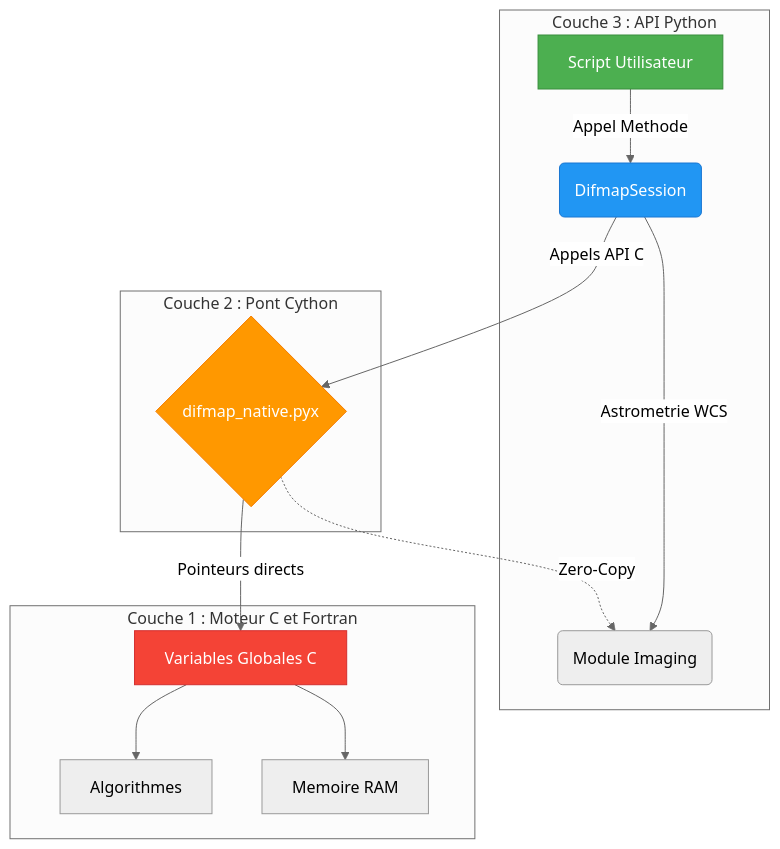
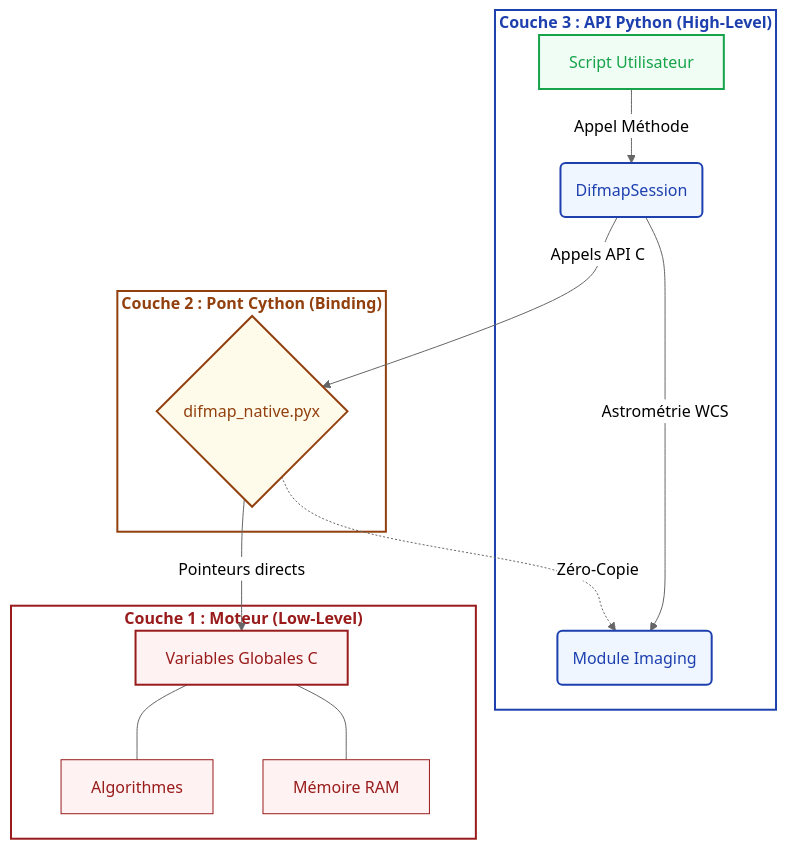
The diagram in docs/02_nouvelle_architecture.qmd (iimavne/DIFMAP), drawn with Mermaid (neutral theme) before and after one commit. The commit also changed other lines of this file and 18 other files, not shown here.

````diff
--- a/docs/02_nouvelle_architecture.qmd
+++ b/docs/02_nouvelle_architecture.qmd
@@ -17,28 +41,39 @@
 ```{mermaid}
 graph TD
-    subgraph Couche3 [Couche 3 : API Python]
-        A[Script Utilisateur] -->|Appel Methode| B(DifmapSession)
-        B -->|Astrometrie WCS| C(Module Imaging)
+    %% Définition du contenu des Couches
+    subgraph Couche3 ["<span style='color:#1e40af'><b> Couche 3 : API Python (High-Level)</b></span>"]
+        A[" Script Utilisateur"] -->|Appel Méthode| B(" DifmapSession")
+        B -->|Astrométrie WCS| C(" Module Imaging")
     end
 
-    subgraph Couche2 [Couche 2 : Pont Cython]
-        D{difmap_native.pyx}
+    subgraph Couche2 ["<span style='color:#92400e'><b>Couche 2 : Pont Cython (Binding)</b></span>"]
+        D{" difmap_native.pyx"}
     end
 
-    subgraph Couche1 [Couche 1 : Moteur C et Fortran]
-        E[Variables Globales C]
-        F[Algorithmes]
-        G[Memoire RAM]
+    subgraph Couche1 ["<span style='color:#991b1b'><b> Couche 1 : Moteur (Low-Level)</b></span>"]
+        E[" Variables Globales C"]
+        F[" Algorithmes"]
+        G[" Mémoire RAM"]
     end
 
+    %% Liaisons entre couches
     B -->|Appels API C| D
-    D -.->|Zero-Copy| C
+    D -.->|Zéro-Copie| C
     D -->|Pointeurs directs| E
-    E --> F
-    E --> G
-    
-    style A fill:#4CAF50,stroke:#388E3C,color:#fff
-    style B fill:#2196F3,stroke:#1976D2,color:#fff
-    style D fill:#FF9800,stroke:#F57C00,color:#fff
-    style E fill:#F44336,stroke:#D32F2F,color:#fff
+    E --- F
+    E --- G
+
+    %% --- STYLES DES GRANDS RECTANGLES (SUBGRAPHS) ---
+    style Couche3 fill:#ffffff,stroke:#1e40af,stroke-width:2px
+    style Couche2 fill:#ffffff,stroke:#92400e,stroke-width:2px
+    style Couche1 fill:#ffffff,stroke:#991b1b,stroke-width:2px
+
+    %% --- STYLES DES BLOCS INTERNES ---
+    style A fill:#f0fdf4,stroke:#16a34a,color:#16a34a,stroke-width:2px
+    style B fill:#eff6ff,stroke:#1e40af,color:#1e40af,stroke-width:2px
+    style C fill:#eff6ff,stroke:#1e40af,color:#1e40af,stroke-width:2px
+    style D fill:#fffbeb,stroke:#92400e,color:#92400e,stroke-width:2px
+    style E fill:#fef2f2,stroke:#991b1b,color:#991b1b,stroke-width:2px
+    style F fill:#fef2f2,stroke:#991b1b,color:#991b1b,stroke-width:1px
+    style G fill:#fef2f2,stroke:#991b1b,color:#991b1b,stroke-width:1px
 ```
````
